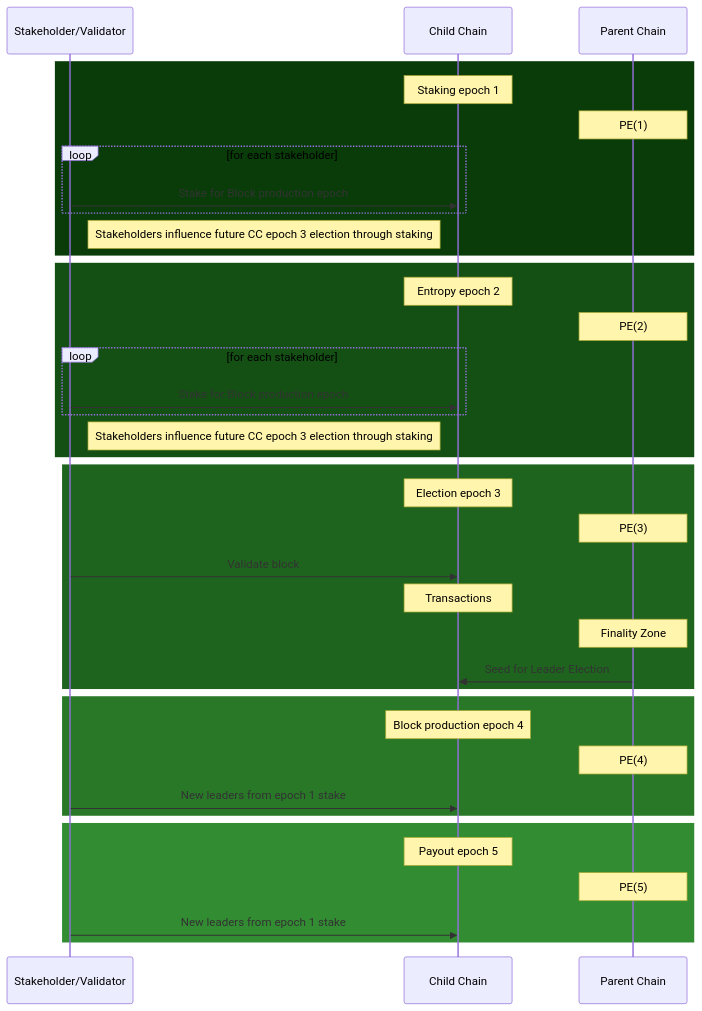
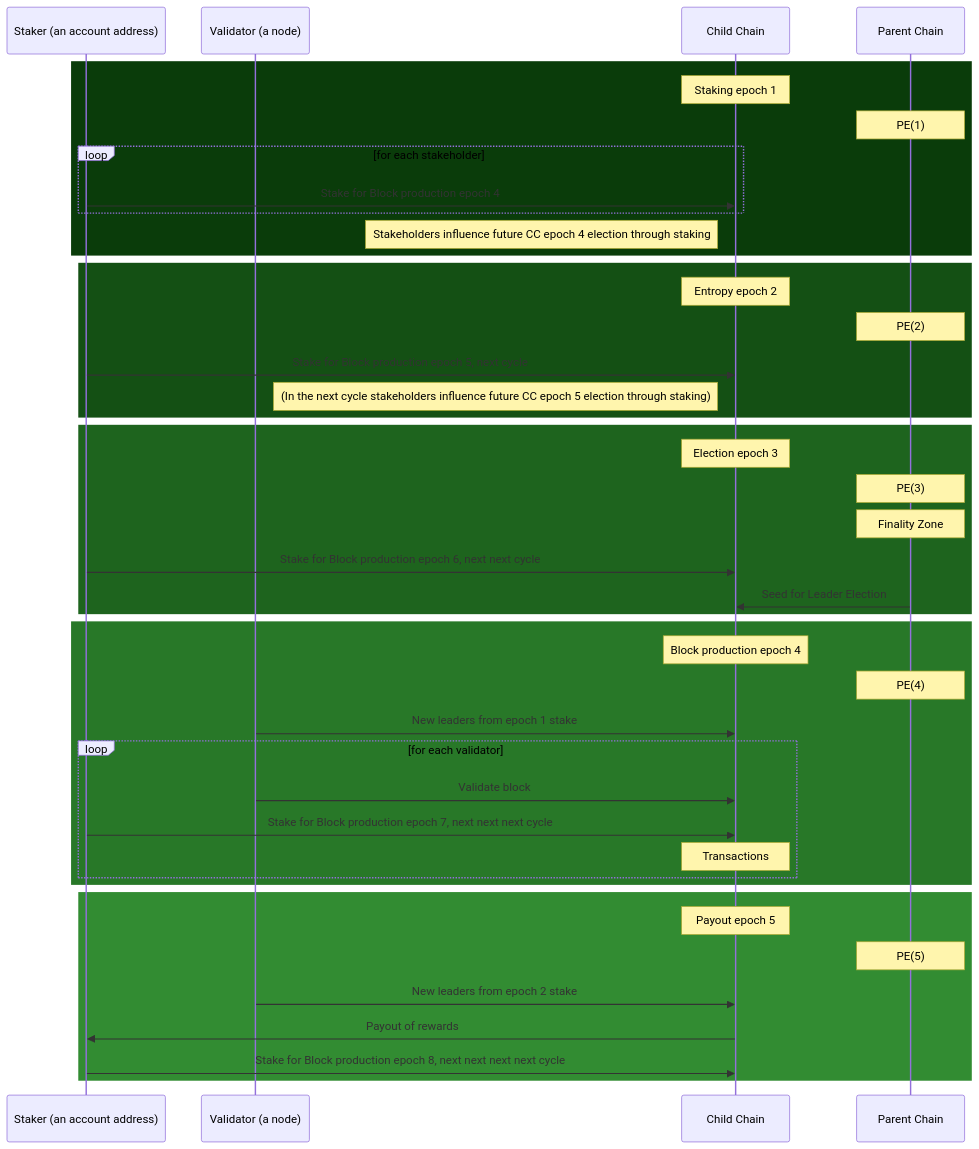
One commit to aeternity/hyperchains-whitepaper changed the first of 11 diagrams in Periodically-Syncing-HyperChains.md. Above: the diagram before and after it, drawn with Mermaid. The commit also changed other lines of this file and 1 other file, not shown here.

Commit message:
Updating example to 5 epochs.

````diff
--- a/Periodically-Syncing-HyperChains.md
+++ b/Periodically-Syncing-HyperChains.md
@@ -167,47 +167,51 @@
 ```mermaid
 sequenceDiagram
-  participant S as Stakeholder/Validator
+  participant S as Staker (an account address)
+  participant V as Validator (a node)
   participant CC as Child Chain
   participant PC as Parent Chain
 
   rect rgb(10,60,10)
     note over CC: Staking epoch 1
     note over PC: PE(1)
       loop for each stakeholder
-        S->>CC: Stake for Block production epoch
+        S->>CC: Stake for Block production epoch 4
     end
-    Note left of CC: Stakeholders influence future CC epoch 3 election through staking
+    Note left of CC: Stakeholders influence future CC epoch 4 election through staking
   end
 
   rect rgb(20,80,20)
     note over CC: Entropy epoch 2
     note over PC: PE(2)
-      loop for each stakeholder
-        S->>CC: Stake for Block production epoch
-    end
-    Note left of CC: Stakeholders influence future CC epoch 3 election through staking
+    S->>CC: Stake for Block production epoch 5, next cycle
+    Note left of CC: (In the next cycle stakeholders influence future CC epoch 5 election through staking)
   end
 
   rect rgb(30,100,30)
     note over CC: Election epoch 3
     note over PC: PE(3)
-    S->>CC: Validate block
-    note over CC: Transactions
     Note over PC: Finality Zone
+    S->>CC: Stake for Block production epoch 6, next next cycle
     PC->>CC: Seed for Leader Election
  end
 
  rect rgb(40,120,40)
   note over CC: Block production epoch 4
   note over PC: PE(4)
-  S->>CC: New leaders from epoch 1 stake
+  V->>CC: New leaders from epoch 1 stake
+  loop for each validator
+    V->>CC: Validate block
+    S->>CC: Stake for Block production epoch 7, next next next cycle
+    note over CC: Transactions
+  end
  end
 
  rect rgb(50,140,50)
   note over CC: Payout epoch 5
   note over PC: PE(5)
-  S->>CC: New leaders from epoch 1 stake
-
+  V->>CC: New leaders from epoch 2 stake
+  CC->>S: Payout of rewards
+  S->>CC: Stake for Block production epoch 8, next next next next cycle
 end
 
 ```
````
